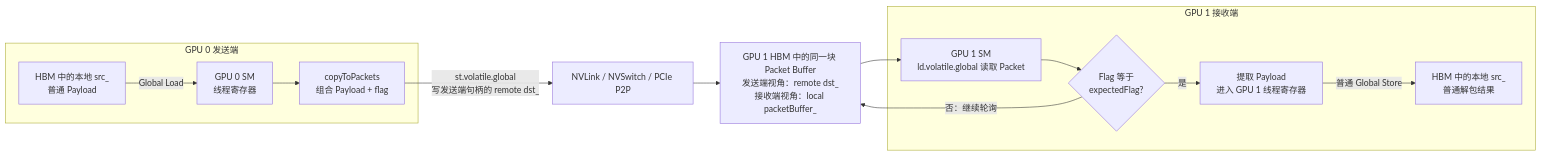
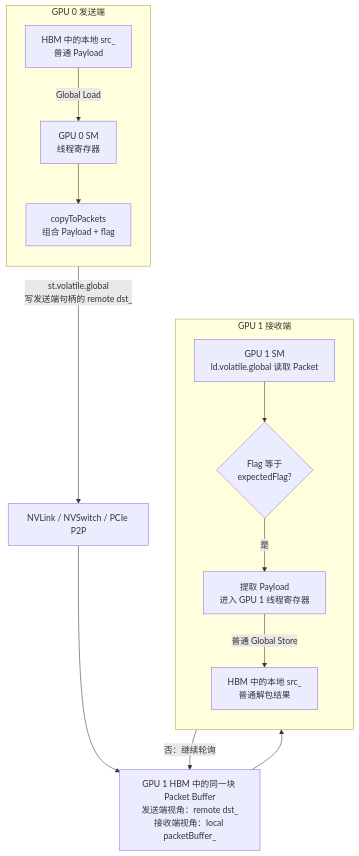
The third of 10 diagrams in MemoryChannelDeviceHandle数据搬运分析.md (10wvw01/mscclpp), drawn with Mermaid before and after one commit. The commit also changed other lines of this file, not shown here.

Commit message:
docs: make packet end-to-end diagram vertical

````diff
--- a/MemoryChannelDeviceHandle数据搬运分析.md
+++ b/MemoryChannelDeviceHandle数据搬运分析.md
@@ -515,27 +515,29 @@
 ```mermaid
-flowchart LR
+flowchart TD
     subgraph SEND[GPU 0 发送端]
+        direction TB
         S0[HBM 中的本地 src_<br/>普通 Payload]
         S1[GPU 0 SM<br/>线程寄存器]
         S2[copyToPackets<br/>组合 Payload + flag]
         S0 -->|Global Load| S1
         S1 --> S2
     end
 
     S2 -->|st.volatile.global<br/>写发送端句柄的 remote dst_| LINK[NVLink / NVSwitch / PCIe P2P]
 
     LINK --> PBUF[GPU 1 HBM 中的同一块 Packet Buffer<br/>发送端视角：remote dst_<br/>接收端视角：local packetBuffer_]
 
     subgraph RECV[GPU 1 接收端]
+        direction TB
         R1[GPU 1 SM<br/>ld.volatile.global 读取 Packet]
         R2{Flag 等于<br/>expectedFlag?}
         R3[提取 Payload<br/>进入 GPU 1 线程寄存器]
         R4[HBM 中的本地 src_<br/>普通解包结果]
         R1 --> R2
         R2 -- 是 --> R3
         R3 -->|普通 Global Store| R4
     end
 
     PBUF --> R1
     R2 -- 否：继续轮询 --> PBUF
 ```
````
